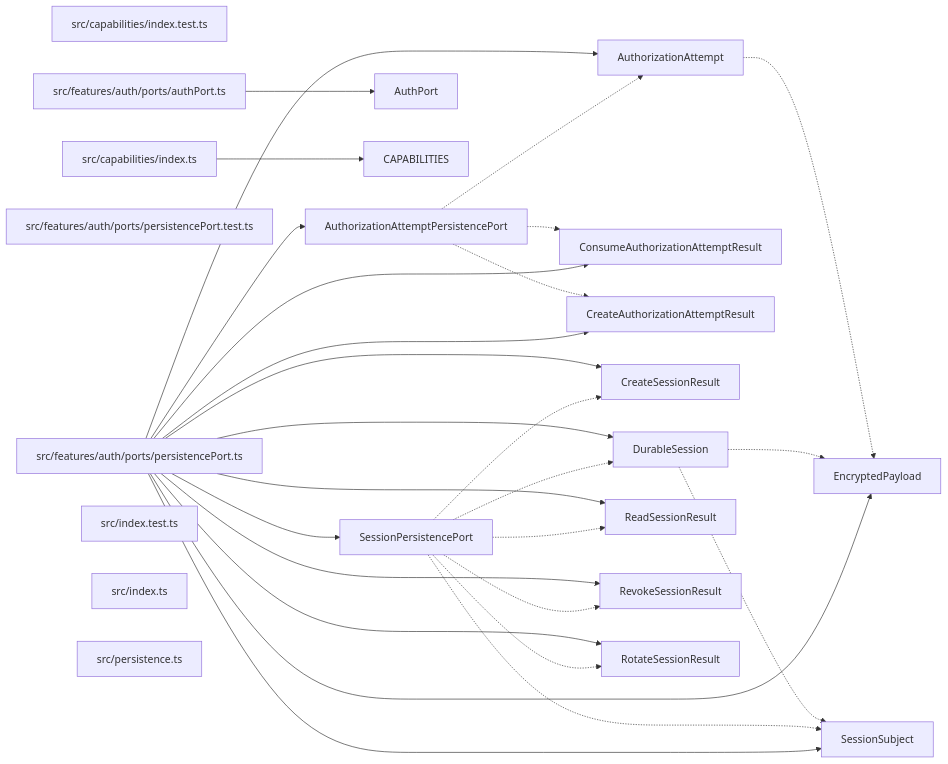
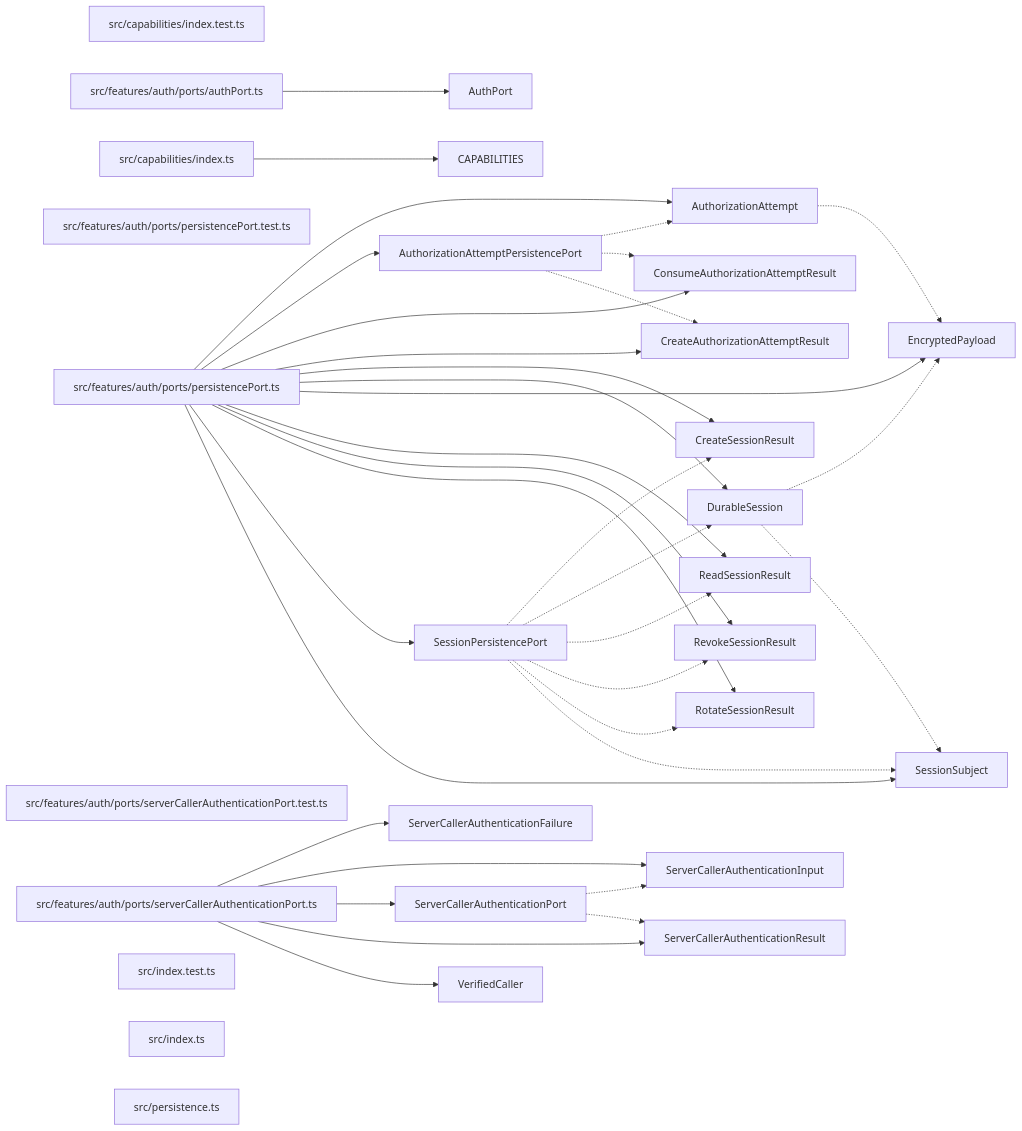
The diagram in paradox/diagrams/export-graph.mmd (ankhorage/auth), drawn with Mermaid before and after one commit. The commit also changed 12 other files, not shown here.

```diff
--- a/paradox/diagrams/export-graph.mmd
+++ b/paradox/diagrams/export-graph.mmd
@@ -1,49 +1,63 @@
 graph LR
   module_src_capabilities_index_test_ts["src/capabilities/index.test.ts"]
   module_src_capabilities_index_ts["src/capabilities/index.ts"]
   module_src_features_auth_ports_authPort_ts["src/features/auth/ports/authPort.ts"]
   module_src_features_auth_ports_persistencePort_test_ts["src/features/auth/ports/persistencePort.test.ts"]
   module_src_features_auth_ports_persistencePort_ts["src/features/auth/ports/persistencePort.ts"]
+  module_src_features_auth_ports_serverCallerAuthenticationPort_test_ts["src/features/auth/ports/serverCallerAuthenticationPort.test.ts"]
+  module_src_features_auth_ports_serverCallerAuthenticationPort_ts["src/features/auth/ports/serverCallerAuthenticationPort.ts"]
   module_src_index_test_ts["src/index.test.ts"]
   module_src_index_ts["src/index.ts"]
   module_src_persistence_ts["src/persistence.ts"]
   export_AuthorizationAttempt["AuthorizationAttempt"]
   module_src_features_auth_ports_persistencePort_ts --> export_AuthorizationAttempt
   export_AuthorizationAttempt -.-> export_EncryptedPayload
   export_AuthorizationAttemptPersistencePort["AuthorizationAttemptPersistencePort"]
   module_src_features_auth_ports_persistencePort_ts --> export_AuthorizationAttemptPersistencePort
   export_AuthorizationAttemptPersistencePort -.-> export_AuthorizationAttempt
   export_AuthorizationAttemptPersistencePort -.-> export_ConsumeAuthorizationAttemptResult
   export_AuthorizationAttemptPersistencePort -.-> export_CreateAuthorizationAttemptResult
   export_AuthPort["AuthPort"]
   module_src_features_auth_ports_authPort_ts --> export_AuthPort
   export_CAPABILITIES["CAPABILITIES"]
   module_src_capabilities_index_ts --> export_CAPABILITIES
   export_ConsumeAuthorizationAttemptResult["ConsumeAuthorizationAttemptResult"]
   module_src_features_auth_ports_persistencePort_ts --> export_ConsumeAuthorizationAttemptResult
   export_CreateAuthorizationAttemptResult["CreateAuthorizationAttemptResult"]
   module_src_features_auth_ports_persistencePort_ts --> export_CreateAuthorizationAttemptResult
   export_CreateSessionResult["CreateSessionResult"]
   module_src_features_auth_ports_persistencePort_ts --> export_CreateSessionResult
   export_DurableSession["DurableSession"]
   module_src_features_auth_ports_persistencePort_ts --> export_DurableSession
   export_DurableSession -.-> export_EncryptedPayload
   export_DurableSession -.-> export_SessionSubject
   export_EncryptedPayload["EncryptedPayload"]
   module_src_features_auth_ports_persistencePort_ts --> export_EncryptedPayload
   export_ReadSessionResult["ReadSessionResult"]
   module_src_features_auth_ports_persistencePort_ts --> export_ReadSessionResult
   export_RevokeSessionResult["RevokeSessionResult"]
   module_src_features_auth_ports_persistencePort_ts --> export_RevokeSessionResult
   export_RotateSessionResult["RotateSessionResult"]
   module_src_features_auth_ports_persistencePort_ts --> export_RotateSessionResult
+  export_ServerCallerAuthenticationFailure["ServerCallerAuthenticationFailure"]
+  module_src_features_auth_ports_serverCallerAuthenticationPort_ts --> export_ServerCallerAuthenticationFailure
+  export_ServerCallerAuthenticationInput["ServerCallerAuthenticationInput"]
+  module_src_features_auth_ports_serverCallerAuthenticationPort_ts --> export_ServerCallerAuthenticationInput
+  export_ServerCallerAuthenticationPort["ServerCallerAuthenticationPort"]
+  module_src_features_auth_ports_serverCallerAuthenticationPort_ts --> export_ServerCallerAuthenticationPort
+  export_ServerCallerAuthenticationPort -.-> export_ServerCallerAuthenticationInput
+  export_ServerCallerAuthenticationPort -.-> export_ServerCallerAuthenticationResult
+  export_ServerCallerAuthenticationResult["ServerCallerAuthenticationResult"]
+  module_src_features_auth_ports_serverCallerAuthenticationPort_ts --> export_ServerCallerAuthenticationResult
   export_SessionPersistencePort["SessionPersistencePort"]
   module_src_features_auth_ports_persistencePort_ts --> export_SessionPersistencePort
   export_SessionPersistencePort -.-> export_CreateSessionResult
   export_SessionPersistencePort -.-> export_DurableSession
   export_SessionPersistencePort -.-> export_ReadSessionResult
   export_SessionPersistencePort -.-> export_RevokeSessionResult
   export_SessionPersistencePort -.-> export_RotateSessionResult
   export_SessionPersistencePort -.-> export_SessionSubject
   export_SessionSubject["SessionSubject"]
   module_src_features_auth_ports_persistencePort_ts --> export_SessionSubject
+  export_VerifiedCaller["VerifiedCaller"]
+  module_src_features_auth_ports_serverCallerAuthenticationPort_ts --> export_VerifiedCaller
```
